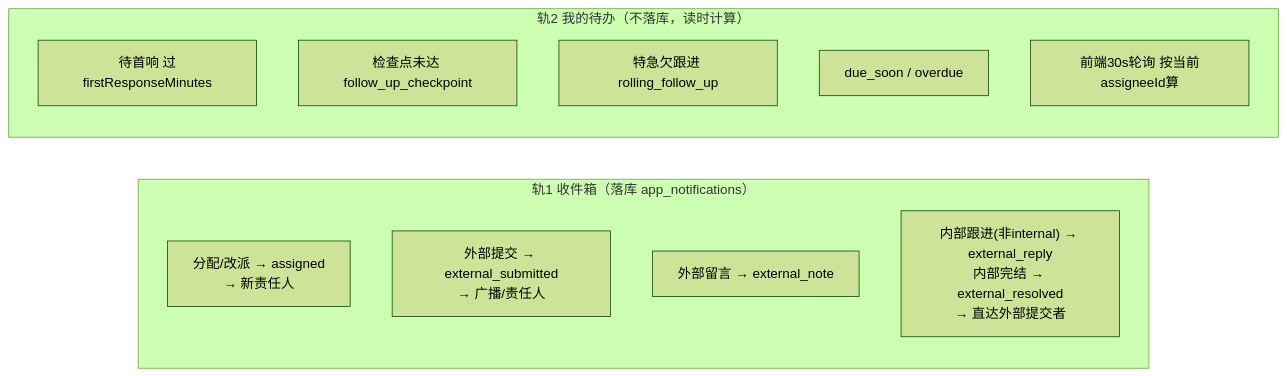
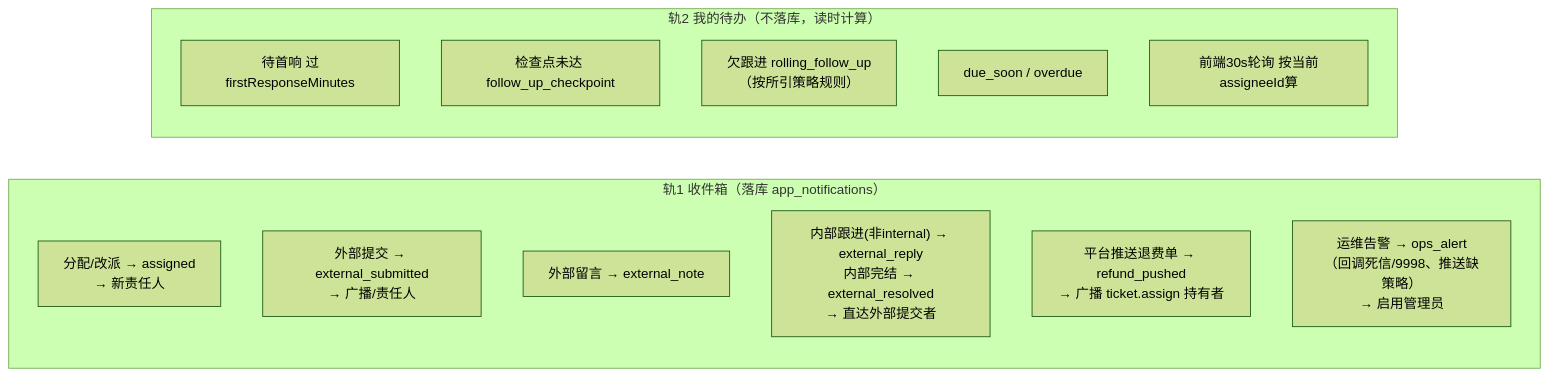
Before and after one commit to LkxPro/insuredesk: the fourth of 4 diagrams in docs/architecture-map.md, drawn with Mermaid (forest theme). The commit also changed other lines of this file and 26 other files, not shown here.

````diff
--- a/docs/architecture-map.md
+++ b/docs/architecture-map.md
@@ -192,16 +244,18 @@
 ```mermaid
 flowchart LR
     subgraph 轨1["轨1 收件箱（落库 app_notifications）"]
         A1["分配/改派 → assigned<br/>→ 新责任人"]
         A2["外部提交 → external_submitted<br/>→ 广播/责任人"]
         A3["外部留言 → external_note"]
         A4["内部跟进(非internal) → external_reply<br/>内部完结 → external_resolved<br/>→ 直达外部提交者"]
+        A5["平台推送退费单 → refund_pushed<br/>→ 广播 ticket.assign 持有者"]
+        A6["运维告警 → ops_alert<br/>（回调死信/9998、推送缺策略）<br/>→ 启用管理员"]
     end
     subgraph 轨2["轨2 我的待办（不落库，读时计算）"]
         B1["待首响 过firstResponseMinutes"]
         B2["检查点未达 follow_up_checkpoint"]
-        B3["特急欠跟进 rolling_follow_up"]
+        B3["欠跟进 rolling_follow_up<br/>（按所引策略规则）"]
         B4["due_soon / overdue"]
         B5["前端30s轮询 按当前assigneeId算"]
     end
 ```
````
